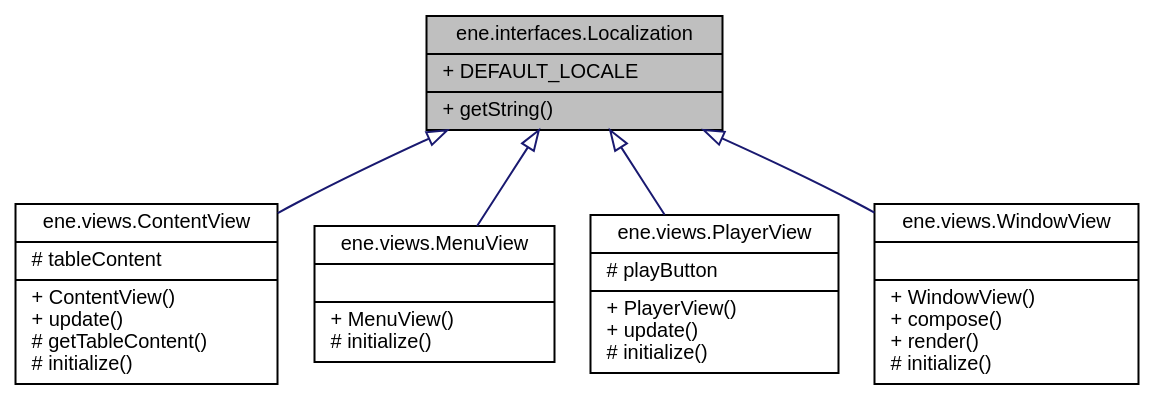
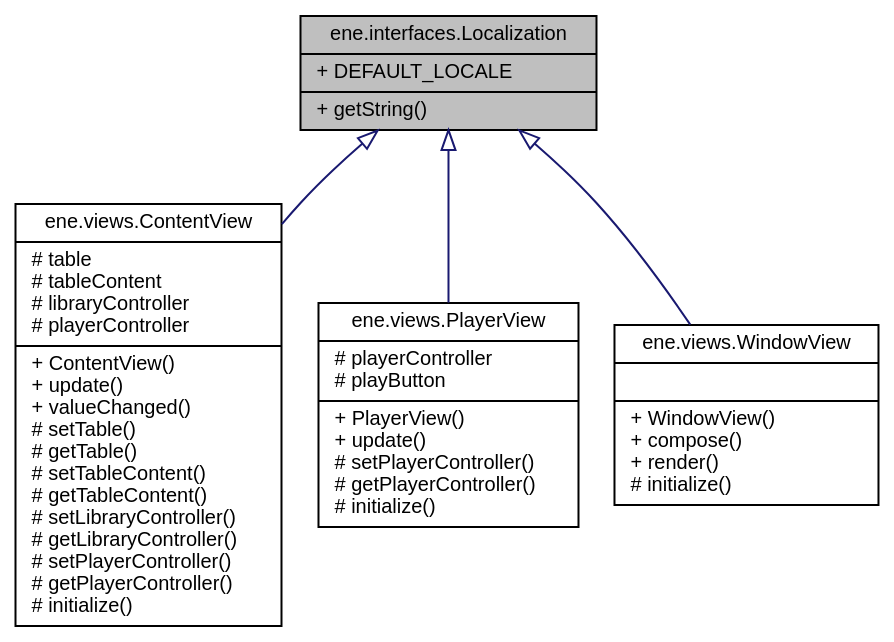
Before and after one commit to vivi90/ene: the diagram in docs/interfaceene_1_1interfaces_1_1Localization__inherit__graph.dot, drawn with Graphviz. The commit also changed 205 other files, not shown here.

```diff
--- a/docs/interfaceene_1_1interfaces_1_1Localization__inherit__graph.dot
+++ b/docs/interfaceene_1_1interfaces_1_1Localization__inherit__graph.dot
@@ -1,15 +1,13 @@
 digraph "ene.interfaces.Localization"
 {
   bgcolor="transparent";
   edge [fontname="Helvetica",fontsize="10",labelfontname="Helvetica",labelfontsize="10"];
   node [fontname="Helvetica",fontsize="10",shape=record];
   Node0 [label="{ene.interfaces.Localization\n|+ DEFAULT_LOCALE\l|+ getString()\l}",height=0.2,width=0.4,color="black", fillcolor="grey75", style="filled", fontcolor="black"];
   Node0 -> Node1 [dir="back",color="midnightblue",fontsize="10",style="solid",arrowtail="onormal",fontname="Helvetica"];
-  Node1 [label="{ene.views.ContentView\n|# tableContent\l|+ ContentView()\l+ update()\l# getTableContent()\l# initialize()\l}",height=0.2,width=0.4,color="black",URL="$classene_1_1views_1_1ContentView.html"];
+  Node1 [label="{ene.views.ContentView\n|# table\l# tableContent\l# libraryController\l# playerController\l|+ ContentView()\l+ update()\l+ valueChanged()\l# setTable()\l# getTable()\l# setTableContent()\l# getTableContent()\l# setLibraryController()\l# getLibraryController()\l# setPlayerController()\l# getPlayerController()\l# initialize()\l}",height=0.2,width=0.4,color="black",URL="$classene_1_1views_1_1ContentView.html"];
   Node0 -> Node2 [dir="back",color="midnightblue",fontsize="10",style="solid",arrowtail="onormal",fontname="Helvetica"];
-  Node2 [label="{ene.views.MenuView\n||+ MenuView()\l# initialize()\l}",height=0.2,width=0.4,color="black",URL="$classene_1_1views_1_1MenuView.html"];
+  Node2 [label="{ene.views.PlayerView\n|# playerController\l# playButton\l|+ PlayerView()\l+ update()\l# setPlayerController()\l# getPlayerController()\l# initialize()\l}",height=0.2,width=0.4,color="black",URL="$classene_1_1views_1_1PlayerView.html"];
   Node0 -> Node3 [dir="back",color="midnightblue",fontsize="10",style="solid",arrowtail="onormal",fontname="Helvetica"];
-  Node3 [label="{ene.views.PlayerView\n|# playButton\l|+ PlayerView()\l+ update()\l# initialize()\l}",height=0.2,width=0.4,color="black",URL="$classene_1_1views_1_1PlayerView.html"];
-  Node0 -> Node4 [dir="back",color="midnightblue",fontsize="10",style="solid",arrowtail="onormal",fontname="Helvetica"];
-  Node4 [label="{ene.views.WindowView\n||+ WindowView()\l+ compose()\l+ render()\l# initialize()\l}",height=0.2,width=0.4,color="black",URL="$classene_1_1views_1_1WindowView.html"];
+  Node3 [label="{ene.views.WindowView\n||+ WindowView()\l+ compose()\l+ render()\l# initialize()\l}",height=0.2,width=0.4,color="black",URL="$classene_1_1views_1_1WindowView.html"];
 }
```
